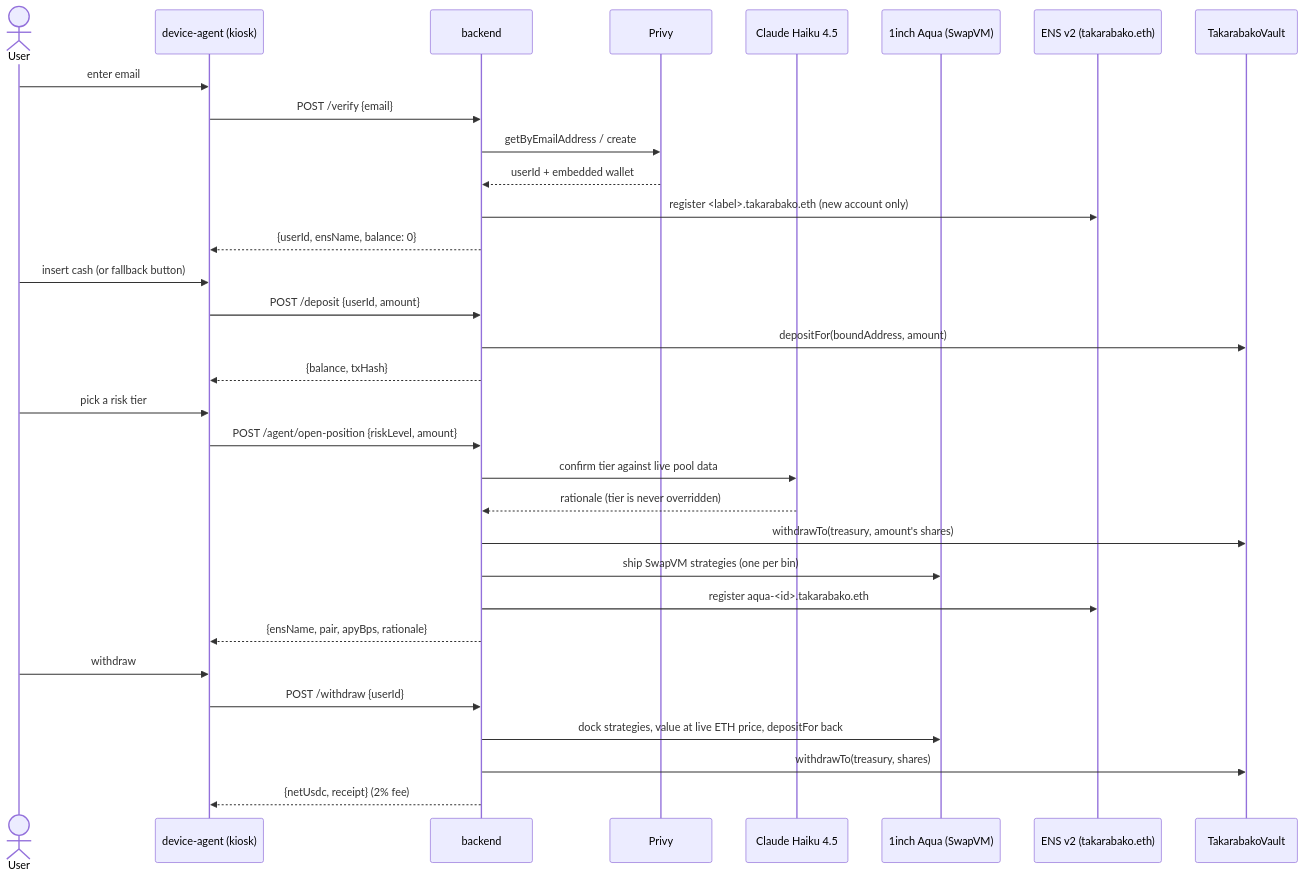
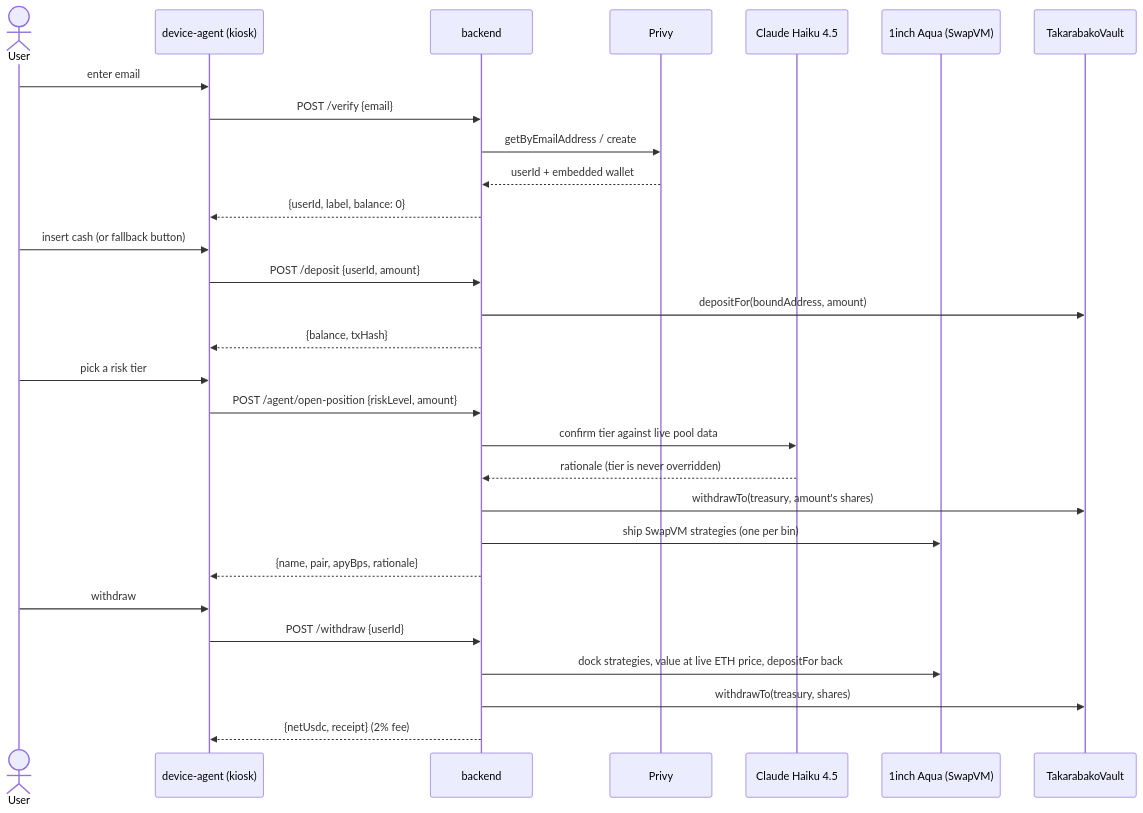
The second of 2 diagrams in README.md (AqilJaafree/takarabako), drawn with Mermaid before and after one commit. The commit also changed other lines of this file and 151 other files, not shown here.

````diff
--- a/README.md
+++ b/README.md
@@ -249,38 +230,35 @@
 ```mermaid
 sequenceDiagram
     actor User
     participant Kiosk as device-agent (kiosk)
     participant API as backend
     participant Privy
     participant Claude as Claude Haiku 4.5
     participant Aqua as 1inch Aqua (SwapVM)
-    participant ENS as ENS v2 (takarabako.eth)
     participant Vault as TakarabakoVault
 
     User->>Kiosk: enter email
     Kiosk->>API: POST /verify {email}
     API->>Privy: getByEmailAddress / create
     Privy-->>API: userId + embedded wallet
-    API->>ENS: register <label>.takarabako.eth (new account only)
-    API-->>Kiosk: {userId, ensName, balance: 0}
+    API-->>Kiosk: {userId, label, balance: 0}
 
     User->>Kiosk: insert cash (or fallback button)
     Kiosk->>API: POST /deposit {userId, amount}
     API->>Vault: depositFor(boundAddress, amount)
     API-->>Kiosk: {balance, txHash}
 
     User->>Kiosk: pick a risk tier
     Kiosk->>API: POST /agent/open-position {riskLevel, amount}
     API->>Claude: confirm tier against live pool data
     Claude-->>API: rationale (tier is never overridden)
     API->>Vault: withdrawTo(treasury, amount's shares)
     API->>Aqua: ship SwapVM strategies (one per bin)
-    API->>ENS: register aqua-<id>.takarabako.eth
-    API-->>Kiosk: {ensName, pair, apyBps, rationale}
+    API-->>Kiosk: {name, pair, apyBps, rationale}
 
     User->>Kiosk: withdraw
     Kiosk->>API: POST /withdraw {userId}
     API->>Aqua: dock strategies, value at live ETH price, depositFor back
     API->>Vault: withdrawTo(treasury, shares)
     API-->>Kiosk: {netUsdc, receipt} (2% fee)
 ```
````
